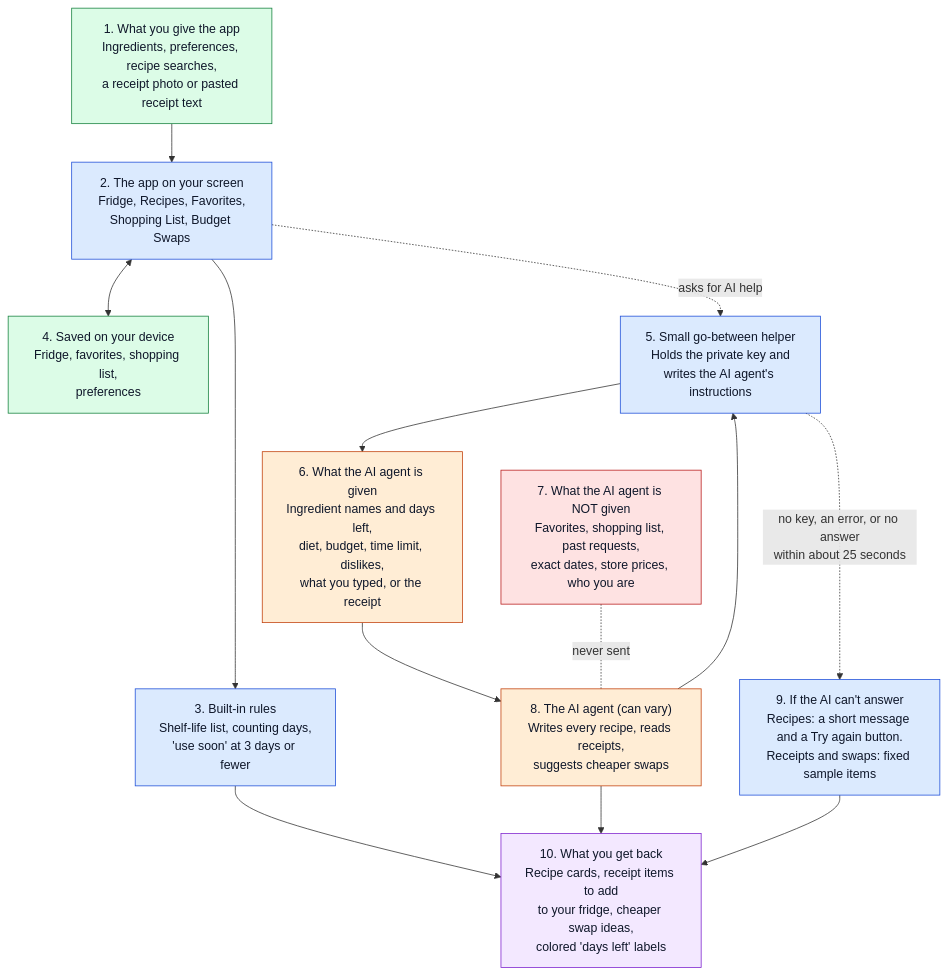
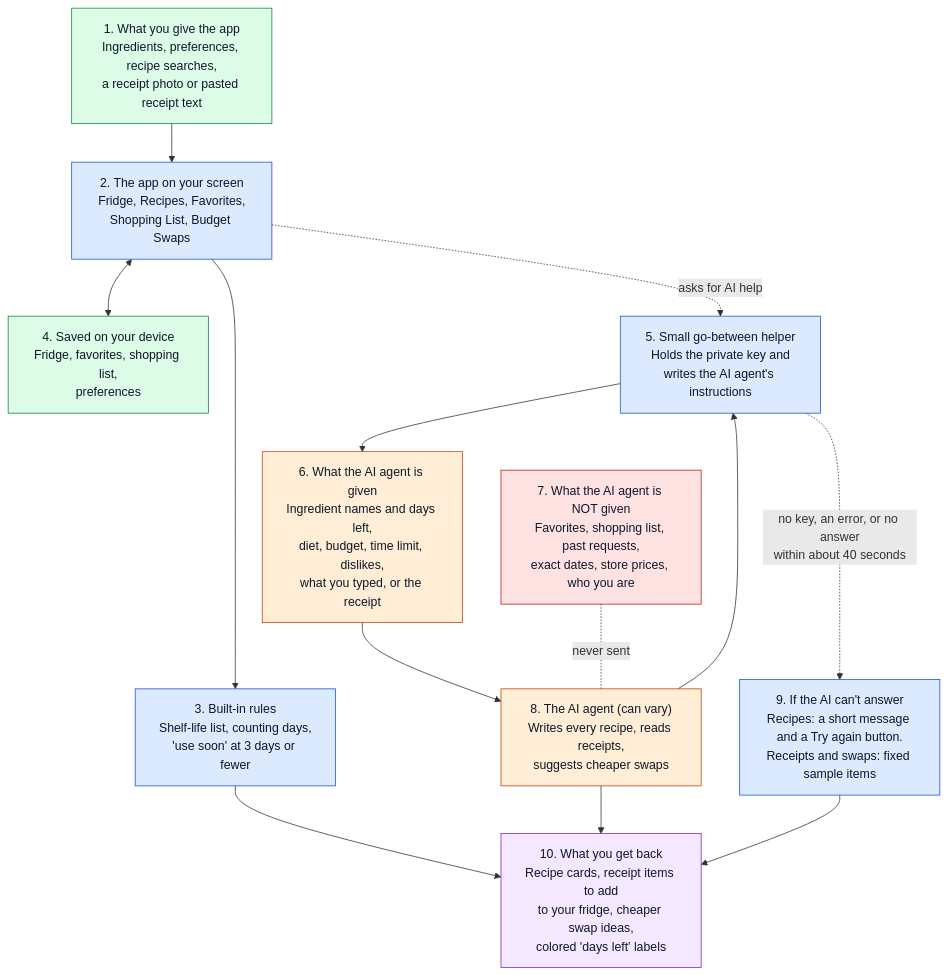
One commit to Sn3ha07/recipe_app changed the diagram in docs/system-diagram.md. Above: the diagram before and after it, drawn with Mermaid. The commit also changed other lines of this file and 3 other files, not shown here.

````diff
--- a/docs/system-diagram.md
+++ b/docs/system-diagram.md
@@ -5,37 +5,37 @@
 ```mermaid
 flowchart TD
     A["1. What you give the app<br/>Ingredients, preferences, recipe searches,<br/>a receipt photo or pasted receipt text"]
     B["2. The app on your screen<br/>Fridge, Recipes, Favorites,<br/>Shopping List, Budget Swaps"]
     C["3. Built-in rules<br/>Shelf-life list, counting days,<br/>'use soon' at 3 days or fewer"]
     E["4. Saved on your device<br/>Fridge, favorites, shopping list,<br/>preferences"]
     F["5. Small go-between helper<br/>Holds the private key and<br/>writes the AI agent's instructions"]
     H["6. What the AI agent is given<br/>Ingredient names and days left,<br/>diet, budget, time limit, dislikes,<br/>what you typed, or the receipt"]
     I["7. What the AI agent is NOT given<br/>Favorites, shopping list, past requests,<br/>exact dates, store prices, who you are"]
     G["8. The AI agent (can vary)<br/>Writes every recipe, reads receipts,<br/>suggests cheaper swaps"]
     J["9. If the AI can't answer<br/>Recipes: a short message and a Try again button.<br/>Receipts and swaps: fixed sample items"]
     K["10. What you get back<br/>Recipe cards, receipt items to add<br/>to your fridge, cheaper swap ideas,<br/>colored 'days left' labels"]
 
     A --> B
     B --> C
     B <--> E
     B -. "asks for AI help" .-> F
     F --> H
     H --> G
     I -. "never sent" .- G
     G --> F
-    F -. "no key, an error, or no answer<br/>within about 25 seconds" .-> J
+    F -. "no key, an error, or no answer<br/>within about 40 seconds" .-> J
     C --> K
     G --> K
     J --> K
 
     classDef same fill:#dbeafe,stroke:#1d4ed8,color:#0f172a;
     classDef ai fill:#ffedd5,stroke:#c2410c,color:#0f172a;
     classDef info fill:#dcfce7,stroke:#15803d,color:#0f172a;
     classDef out fill:#f3e8ff,stroke:#7e22ce,color:#0f172a;
     classDef blocked fill:#fee2e2,stroke:#b91c1c,color:#0f172a;
     class A,E info;
     class B,C,F,J same;
     class G,H ai;
     class I blocked;
     class K out;
 ```
````
